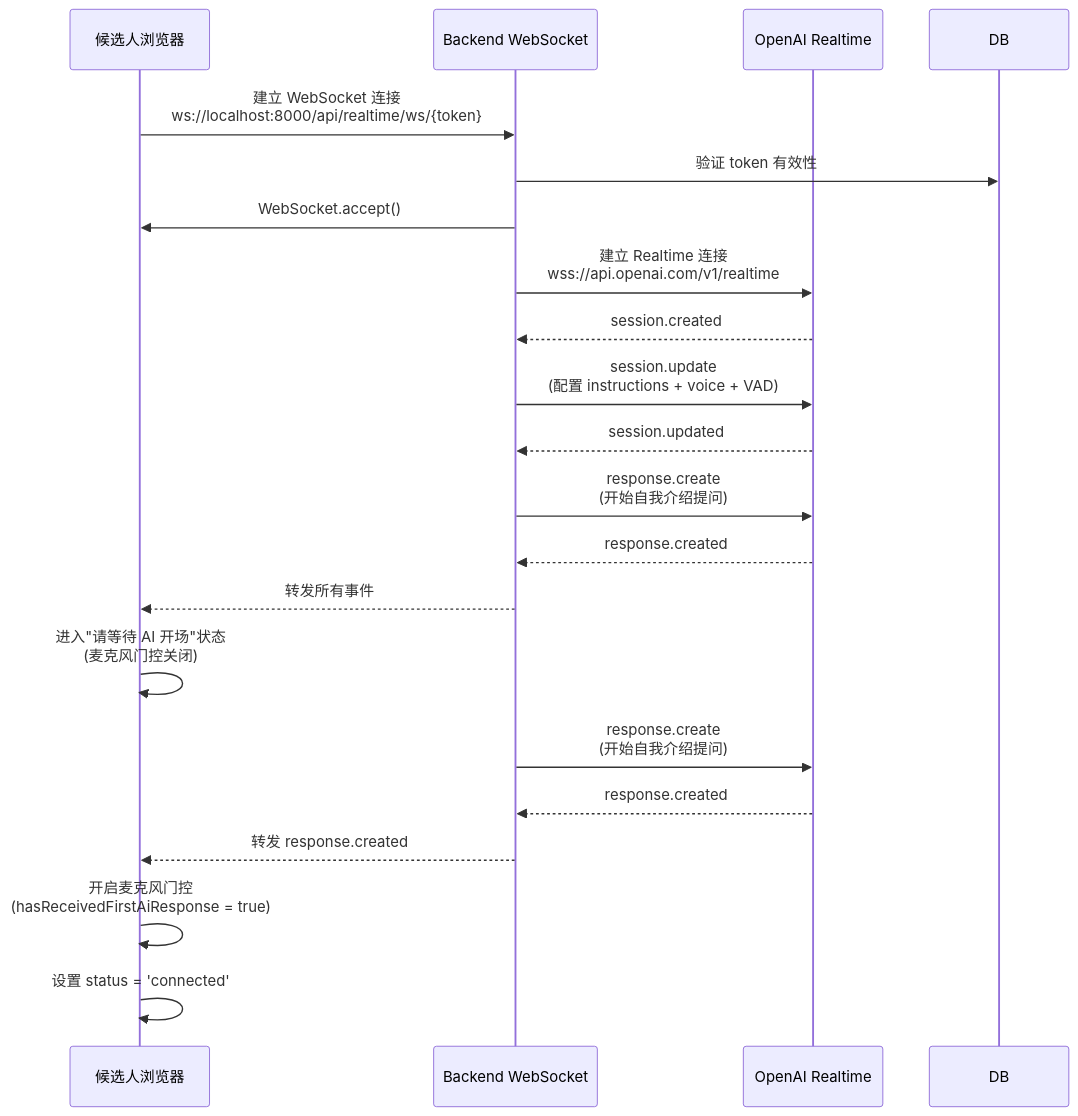
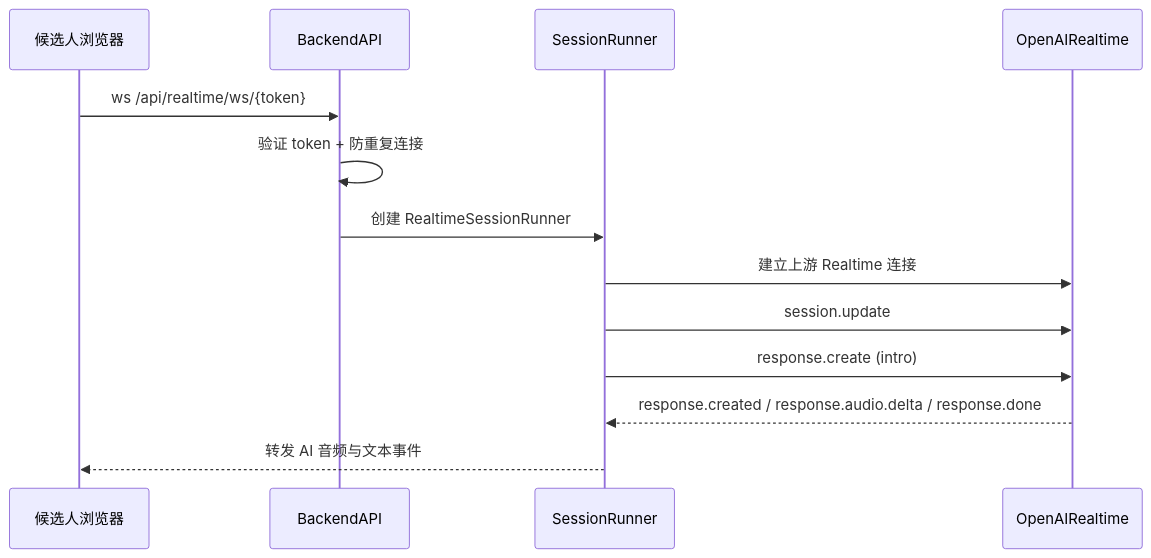
The second of 3 diagrams in spec_doc/03_features/03.2_realtime_interview.md (cziwen/AI_Interviewer), drawn with Mermaid before and after one commit. The commit also changed other lines of this file and 22 other files, not shown here.

First line of the commit message:
feat: refactor realtime interview services and enhance audio handling

````diff
--- a/spec_doc/03_features/03.2_realtime_interview.md
+++ b/spec_doc/03_features/03.2_realtime_interview.md
@@ -76,29 +73,16 @@
 ```mermaid
 sequenceDiagram
-    participant C as 候选人浏览器
-    participant WS as Backend WebSocket
-    participant RT as OpenAI Realtime
+    participant Browser as 候选人浏览器
+    participant API as BackendAPI
+    participant Runner as SessionRunner
+    participant RT as OpenAIRealtime
 
-    C->>WS: 建立 WebSocket 连接<br/>ws://localhost:8000/api/realtime/ws/{token}
-    WS->>DB: 验证 token 有效性
-    WS->>C: WebSocket.accept()
-
-    WS->>RT: 建立 Realtime 连接<br/>wss://api.openai.com/v1/realtime
-    RT-->>WS: session.created
-
-    WS->>RT: session.update<br/>(配置 instructions + voice + VAD)
-    RT-->>WS: session.updated
-
-    WS->>RT: response.create<br/>(开始自我介绍提问)
-    RT-->>WS: response.created
-
-    WS-->>C: 转发所有事件
-    C->>C: 进入"请等待 AI 开场"状态<br/>(麦克风门控关闭)
-    
-    WS->>RT: response.create<br/>(开始自我介绍提问)
-    RT-->>WS: response.created
-    WS-->>C: 转发 response.created
-    C->>C: 开启麦克风门控<br/>(hasReceivedFirstAiResponse = true)
-
-    C->>C: 设置 status = 'connected'
+    Browser->>API: ws /api/realtime/ws/{token}
+    API->>API: 验证 token + 防重复连接
+    API->>Runner: 创建 RealtimeSessionRunner
+    Runner->>RT: 建立上游 Realtime 连接
+    Runner->>RT: session.update
+    Runner->>RT: response.create (intro)
+    RT-->>Runner: response.created / response.audio.delta / response.done
+    Runner-->>Browser: 转发 AI 音频与文本事件
 ```
````
